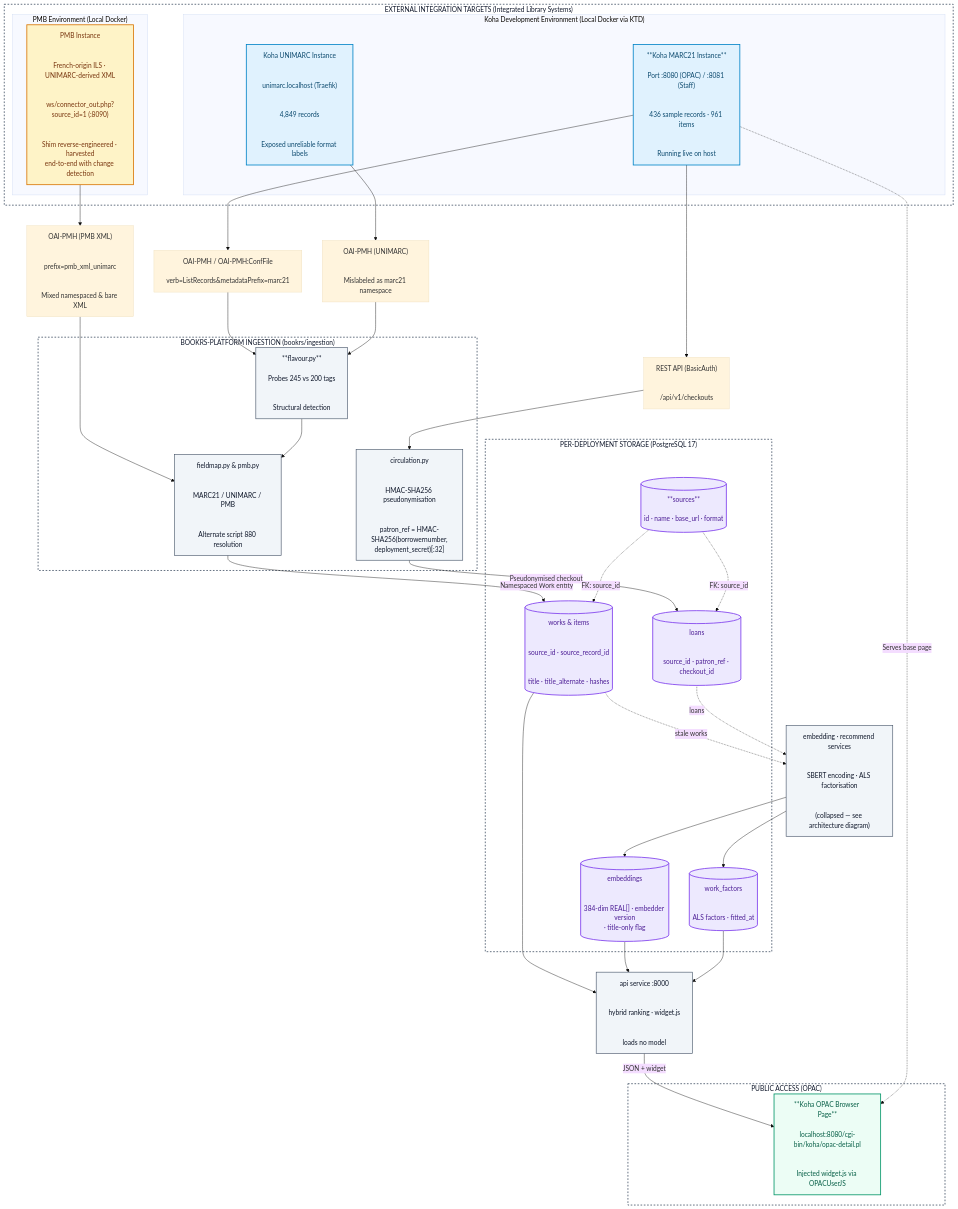
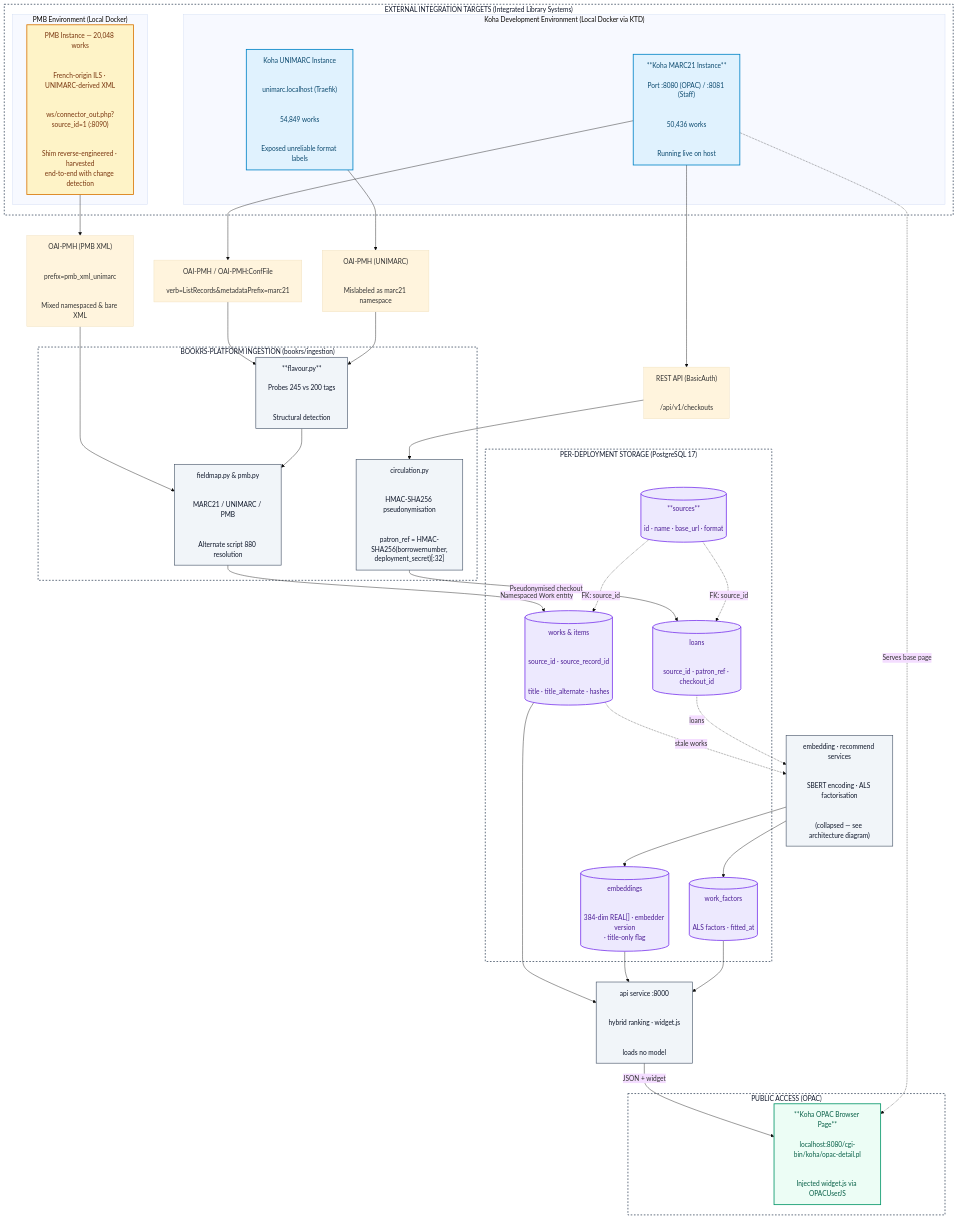
Before and after one commit to AslanSingha/BookRS-Platform: the diagram in docs/figures/bookrs-integration.mmd, drawn with Mermaid (base theme). The commit also changed 4 other files, not shown here.

```diff
--- a/docs/figures/bookrs-integration.mmd
+++ b/docs/figures/bookrs-integration.mmd
@@ -1,183 +1,183 @@
 graph TD
     %% Styling and Classes
     classDef live fill:#e0f2fe,stroke:#0284c7,stroke-width:2px,color:#0c4a6e;
     classDef remote fill:#fef3c7,stroke:#d97706,stroke-width:2px,color:#78350f;
     classDef platform fill:#ffffff,stroke:#475569,stroke-width:2px,stroke-dasharray: 4 4,color:#0f172a;
     classDef core fill:#f1f5f9,stroke:#475569,stroke-width:1.5px,color:#0f172a;
     classDef db fill:#ede9fe,stroke:#7c3aed,stroke-width:2px,color:#4c1d95;
     classDef browser fill:#ecfdf5,stroke:#059669,stroke-width:2px,color:#065f46;
 
     %% Upstream Layer
     subgraph UPSTREAM["EXTERNAL INTEGRATION TARGETS (Integrated Library Systems)"]
         subgraph LOCAL_KOHA["Koha Development Environment (Local Docker via KTD)"]
             KOHA_M21["**Koha MARC21 Instance**
 
 Port :8080 (OPAC) / :8081 (Staff)
 
 
-436 sample records · 961 items
+50,436 works
 
 
 Running live on host"]
             KOHA_UNI["Koha UNIMARC Instance
 
 
 unimarc.localhost (Traefik)
 
 
-4,849 records
+54,849 works
 
 
 Exposed unreliable format labels"]
         end
 
         subgraph LOCAL_PMB["PMB Environment (Local Docker)"]
-            PMB_INSTANCE["PMB Instance
+            PMB_INSTANCE["PMB Instance — 20,048 works
 
 
 French-origin ILS · UNIMARC-derived XML
 
 
 ws/connector_out.php?source_id=1 (:8090)
 
 
 Shim reverse-engineered · harvested
 end-to-end with change detection"]
         end
     end
     class UPSTREAM platform;
     class KOHA_M21,KOHA_UNI live;
     class PMB_INSTANCE remote;
 
     %% Protocol Boundary
     OAI_M21["OAI-PMH / OAI-PMH:ConfFile
 
 verb=ListRecords&metadataPrefix=marc21"]
     REST_M21["REST API (BasicAuth)
 
 
 /api/v1/checkouts"]
     OAI_UNI["OAI-PMH (UNIMARC)
 
 
 Mislabeled as marc21 namespace"]
     OAI_PMB["OAI-PMH (PMB XML)
 
 
 prefix=pmb_xml_unimarc
 
 
 Mixed namespaced & bare XML"]
 
     KOHA_M21 --> OAI_M21
     KOHA_M21 --> REST_M21
     KOHA_UNI --> OAI_UNI
     PMB_INSTANCE --> OAI_PMB
 
     %% Ingestion Layer
     subgraph INGESTION["BOOKRS-PLATFORM INGESTION (bookrs/ingestion)"]
         FLAVOUR["**flavour.py**
 
 Probes 245 vs 200 tags
 
 
 Structural detection"]
         MAPPER["fieldmap.py & pmb.py
 
 
 MARC21 / UNIMARC / PMB
 
 
 Alternate script 880 resolution"]
         CIRC["circulation.py
 
 
 HMAC-SHA256 pseudonymisation
 
 
 patron_ref = HMAC-SHA256(borrowernumber,
 deployment_secret)[:32]"]
     end
     class INGESTION platform;
     class FLAVOUR,MAPPER,CIRC core;
 
     OAI_M21 --> FLAVOUR
     OAI_UNI --> FLAVOUR
     OAI_PMB --> MAPPER
     REST_M21 --> CIRC
     FLAVOUR --> MAPPER
 
     %% Storage Layer
     subgraph STORAGE["PER-DEPLOYMENT STORAGE (PostgreSQL 17)"]
         T_SOURCES[("**sources**
 
 id · name · base_url · format")]
         T_WORKS[("works & items
 
 
 source_id · source_record_id
 
 
 title · title_alternate · hashes")]
         T_LOANS[("loans
 
 
 source_id · patron_ref · checkout_id")]
         T_EMB[("embeddings
 
 
 384-dim REAL[] · embedder version
 · title-only flag")]
         T_FACTORS[("work_factors
 
 
 ALS factors · fitted_at")]
     end
     class STORAGE platform;
     class T_SOURCES,T_WORKS,T_LOANS,T_EMB,T_FACTORS db;
 
     MAPPER -->|Namespaced Work entity| T_WORKS
     CIRC -->|Pseudonymised checkout| T_LOANS
     T_SOURCES -.->|FK: source_id| T_WORKS
     T_SOURCES -.->|FK: source_id| T_LOANS
 
     %% Model and Query Layers
     MODELS["embedding · recommend services
 
 
 SBERT encoding · ALS factorisation
 
 
 (collapsed — see architecture diagram)"]
     API["api service :8000
 
 
 hybrid ranking · widget.js
 
 
 loads no model"]
     class MODELS,API core;
 
     T_WORKS -.->|stale works| MODELS
     T_LOANS -.->|loans| MODELS
     MODELS --> T_EMB
     MODELS --> T_FACTORS
 
     T_WORKS --> API
     T_EMB --> API
     T_FACTORS --> API
 
     %% Output Presentation
     subgraph PRESENTATION["PUBLIC ACCESS (OPAC)"]
         OPAC_VIEW["**Koha OPAC Browser Page**
 
 localhost:8080/cgi-bin/koha/opac-detail.pl
 
 
 Injected widget.js via OPACUserJS"]
     end
     class PRESENTATION platform;
     class OPAC_VIEW browser;
 
     API -->|JSON + widget| OPAC_VIEW
     KOHA_M21 -.->|Serves base page| OPAC_VIEW
```
